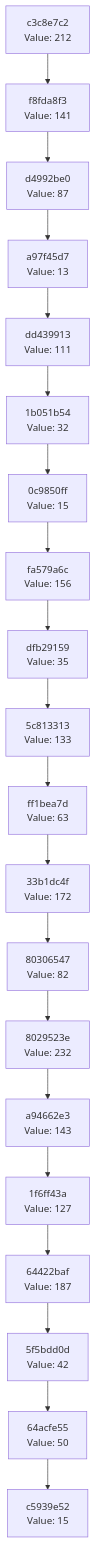
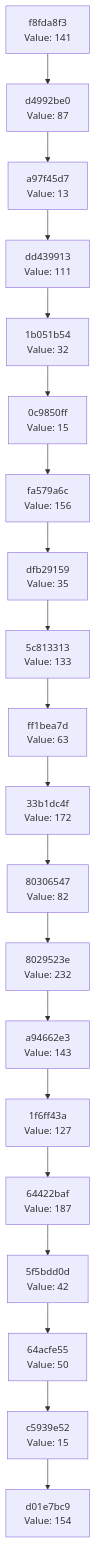
Before and after one commit to Abhisheksinha1506/hash-chain-evolver: the diagram in docs/CHAIN_VISUALIZATION.md, drawn with Mermaid. The commit also changed 3 other files, not shown here.

````diff
--- a/docs/CHAIN_VISUALIZATION.md
+++ b/docs/CHAIN_VISUALIZATION.md
@@ -3,42 +3,42 @@
 ```mermaid
 graph TD
-    C0["c5939e52<br/>Value: 15"]
-    C1["64acfe55<br/>Value: 50"]
+    C0["d01e7bc9<br/>Value: 154"]
+    C1["c5939e52<br/>Value: 15"]
     C1 --> C0
-    C2["5f5bdd0d<br/>Value: 42"]
+    C2["64acfe55<br/>Value: 50"]
     C2 --> C1
-    C3["64422baf<br/>Value: 187"]
+    C3["5f5bdd0d<br/>Value: 42"]
     C3 --> C2
-    C4["1f6ff43a<br/>Value: 127"]
+    C4["64422baf<br/>Value: 187"]
     C4 --> C3
-    C5["a94662e3<br/>Value: 143"]
+    C5["1f6ff43a<br/>Value: 127"]
     C5 --> C4
-    C6["8029523e<br/>Value: 232"]
+    C6["a94662e3<br/>Value: 143"]
     C6 --> C5
-    C7["80306547<br/>Value: 82"]
+    C7["8029523e<br/>Value: 232"]
     C7 --> C6
-    C8["33b1dc4f<br/>Value: 172"]
+    C8["80306547<br/>Value: 82"]
     C8 --> C7
-    C9["ff1bea7d<br/>Value: 63"]
+    C9["33b1dc4f<br/>Value: 172"]
     C9 --> C8
-    C10["5c813313<br/>Value: 133"]
+    C10["ff1bea7d<br/>Value: 63"]
     C10 --> C9
-    C11["dfb29159<br/>Value: 35"]
+    C11["5c813313<br/>Value: 133"]
     C11 --> C10
-    C12["fa579a6c<br/>Value: 156"]
+    C12["dfb29159<br/>Value: 35"]
     C12 --> C11
-    C13["0c9850ff<br/>Value: 15"]
+    C13["fa579a6c<br/>Value: 156"]
     C13 --> C12
-    C14["1b051b54<br/>Value: 32"]
+    C14["0c9850ff<br/>Value: 15"]
     C14 --> C13
-    C15["dd439913<br/>Value: 111"]
+    C15["1b051b54<br/>Value: 32"]
     C15 --> C14
-    C16["a97f45d7<br/>Value: 13"]
+    C16["dd439913<br/>Value: 111"]
     C16 --> C15
-    C17["d4992be0<br/>Value: 87"]
+    C17["a97f45d7<br/>Value: 13"]
     C17 --> C16
-    C18["f8fda8f3<br/>Value: 141"]
+    C18["d4992be0<br/>Value: 87"]
     C18 --> C17
-    C19["c3c8e7c2<br/>Value: 212"]
+    C19["f8fda8f3<br/>Value: 141"]
     C19 --> C18
 ```
````
